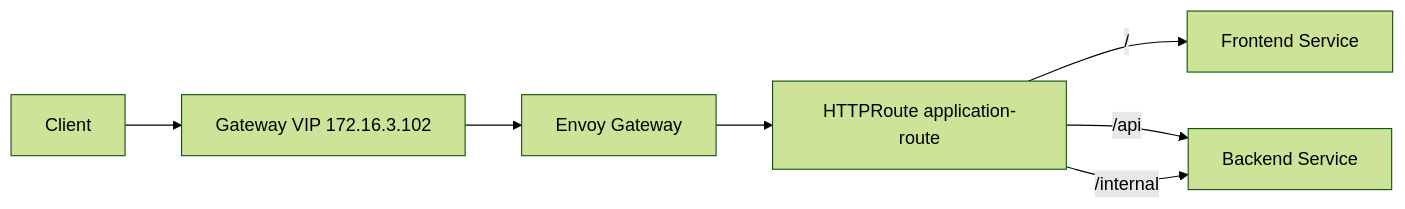
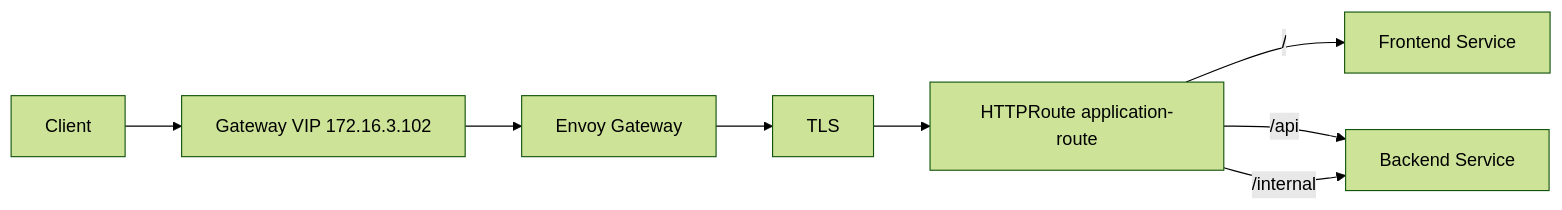
Diagram 12 of 18 in docs/03-gateway-api/README.md (ahmed-sayed-devops/microservices-platform-gitops), drawn with Mermaid (forest theme) before and after one commit. The commit also changed other lines of this file, not shown here.

Commit message:
docs: update Gateway API documentation with TLS

````diff
--- a/docs/03-gateway-api/README.md
+++ b/docs/03-gateway-api/README.md
@@ -541,14 +780,16 @@
 ```mermaid
 graph LR
     Client[Client]
     VIP[Gateway VIP 172.16.3.102]
     Envoy[Envoy Gateway]
+    TLS[TLS]
     Route[HTTPRoute application-route]
 
     Client --> VIP
     VIP --> Envoy
-    Envoy --> Route
+    Envoy --> TLS
+    TLS --> Route
     Route -->|/| Frontend[Frontend Service]
     Route -->|/api| Backend[Backend Service]
     Route -->|/internal| Backend
 ```
````
